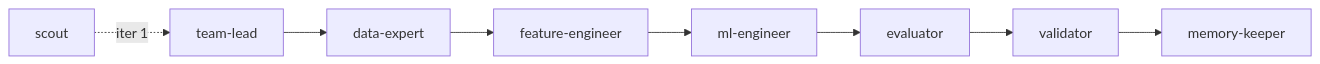
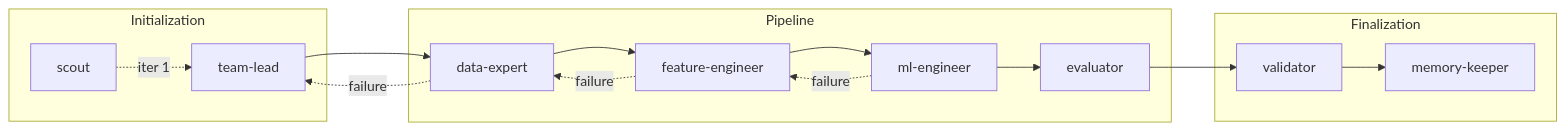
The diagram in gladius/topologies/templates/functional.md (KameniAlexNea/gladius-agent), drawn with Mermaid before and after one commit. The commit also changed 6 other files, not shown here.

````diff
--- a/gladius/topologies/templates/functional.md
+++ b/gladius/topologies/templates/functional.md
@@ -9,10 +9,23 @@
 ```mermaid
 graph LR
+    subgraph Initialization
     SC[scout] -.->|iter 1| TL[team-lead]
+    end
+
+    subgraph Pipeline
     TL --> DE[data-expert]
     DE --> FE[feature-engineer]
     FE --> ME[ml-engineer]
     ME --> EV[evaluator]
+    end
+
+    subgraph Finalization
     EV --> V[validator]
     V --> MK[memory-keeper]
+    end
+
+    %% Failure Logic
+    DE -.->|failure| TL
+    FE -.->|failure| DE
+    ME -.->|failure| FE
 ```
````
